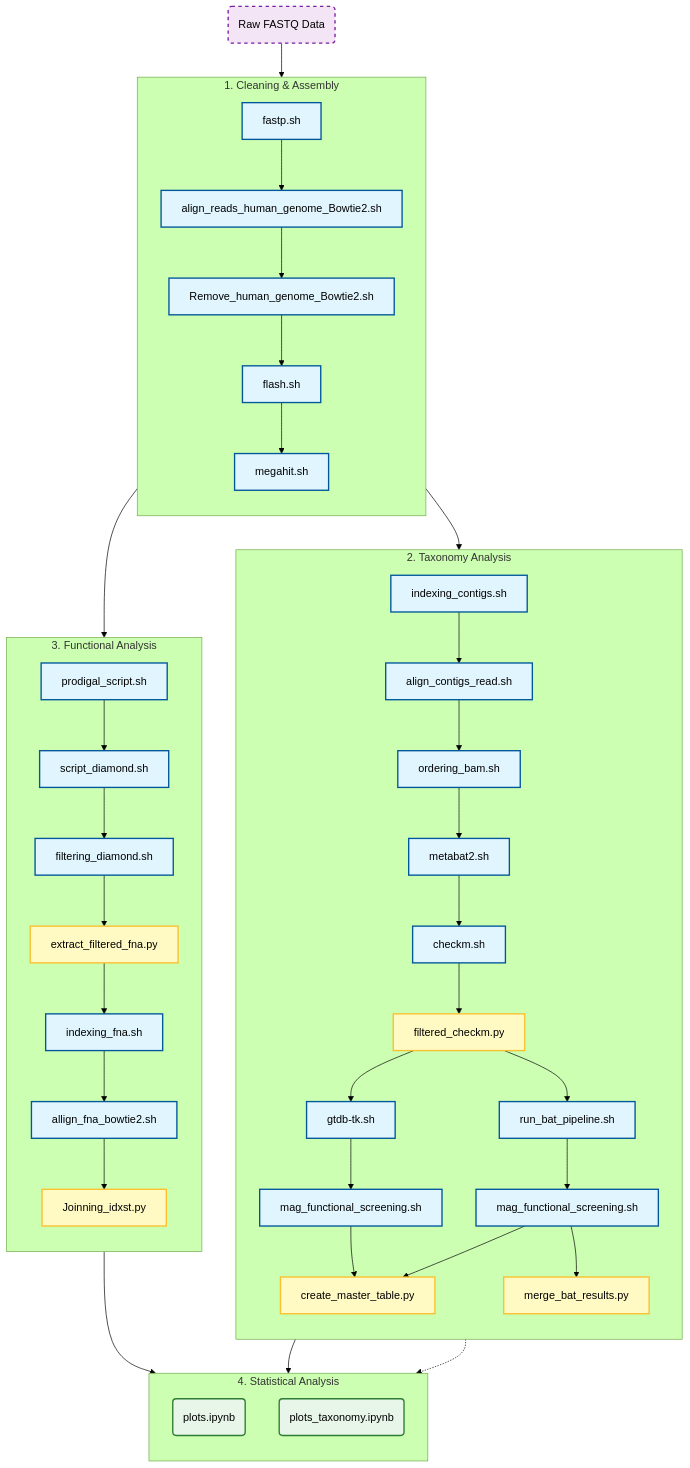
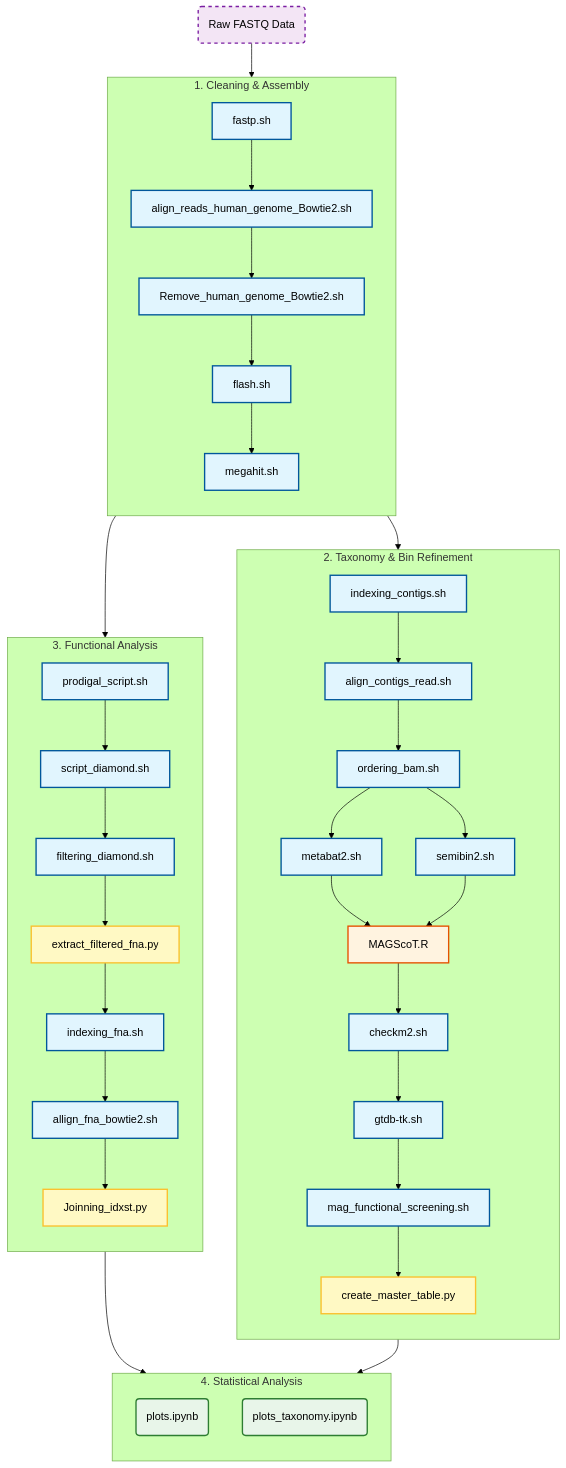
The diagram in README.md (Marcosv21/Doc_project), drawn with Mermaid (forest theme) before and after one commit. The commit also changed other lines of this file and 20 other files, not shown here.

````diff
--- a/README.md
+++ b/README.md
@@ -31,72 +31,64 @@
 ```mermaid
 graph TD
     %% Node Styles
     classDef shell fill:#e1f5fe,stroke:#01579b,stroke-width:2px,color:#000000;
     classDef python fill:#fff9c4,stroke:#fbc02d,stroke-width:2px,color:#000000;
     classDef ipynb fill:#e8f5e9,stroke:#2e7d32,stroke-width:2px,color:#000000;
     classDef start fill:#f3e5f5,stroke:#7b1fa2,stroke-width:2px,stroke-dasharray: 5 5,color:#000000;
+    classDef refinement fill:#fff3e0,stroke:#e65100,stroke-width:2px,color:#000000;
 
     %% Start Node
     Input(Raw FASTQ Data):::start --> Clean1
 
     %% --- 1. CLEANING & ASSEMBLY ---
     subgraph Cleaning ["1. Cleaning & Assembly"]
         direction TB
         Clean1[fastp.sh]:::shell --> Clean2[align_reads_human_genome_Bowtie2.sh]:::shell
         Clean2 --> Clean3[Remove_human_genome_Bowtie2.sh]:::shell
         Clean3 --> Clean4[flash.sh]:::shell
         Clean4 --> Clean5[megahit.sh]:::shell
     end
 
-    %% Fork: Assembly output goes to BOTH Functional and Taxonomy
+    %% Fork
     Clean5 --> Func1
     Clean5 --> Tax1
 
-    %% --- 2. TAXONOMY ANALYSIS ---
-    subgraph Taxonomy ["2. Taxonomy Analysis"]
+    %% --- 2. TAXONOMY & BIN REFINEMENT ---
+    subgraph Taxonomy ["2. Taxonomy & Bin Refinement"]
         direction TB
         Tax1[indexing_contigs.sh]:::shell --> Tax2[align_contigs_read.sh]:::shell
         Tax2 --> Tax3[ordering_bam.sh]:::shell
-        Tax3 --> Tax4[metabat2.sh]:::shell
-        Tax4 --> Tax5[checkm.sh]:::shell
-        Tax5 --> Tax6[filtered_checkm.py]:::python
         
+        %% Multi-Binning
+        Tax3 --> Bin1[metabat2.sh]:::shell
+        Tax3 --> Bin2[semibin2.sh]:::shell
         
+        %% Refinement
+        Bin1 --> Refine[MAGScoT.R]:::refinement
+        Bin2 --> Refine
         
-        %% Caminho 1: GTDB (Padrão)
-        Tax6 --> Tax7[gtdb-tk.sh]:::shell
+        Refine --> Tax5[checkm2.sh]:::shell
+        Tax5 --> Tax7[gtdb-tk.sh]:::shell
         Tax7 --> Tax8[mag_functional_screening.sh]:::shell
         Tax8 --> Tax9[create_master_table.py]:::python
-
-        %% Caminho 2: BAT/CAT (Validação)
-        Tax6 --> TaxBAT1[run_bat_pipeline.sh]:::shell
-        TaxBAT1 --> TaxBAT2[mag_functional_screening.sh]:::shell
-        TaxBAT2 --> TaxBAT3[merge_bat_results.py]:::python
-        TaxBAT2 --> Tax9[create_master_table.py]:::python
     end
 
     %% --- 3. FUNCTIONAL ANALYSIS ---
     subgraph Functional ["3. Functional Analysis"]
         direction TB
         Func1[prodigal_script.sh]:::shell --> Func2[script_diamond.sh]:::shell
         Func2 --> Func3[filtering_diamond.sh]:::shell
         Func3 --> Func4[extract_filtered_fna.py]:::python
         Func4 --> Func5[indexing_fna.sh]:::shell
         Func5 --> Func6[allign_fna_bowtie2.sh]:::shell
         Func6 --> Func7[Joinning_idxst.py]:::python
     end
 
     %% --- 4. STATISTICAL ANALYSIS ---
     subgraph Stats ["4. Statistical Analysis"]
         direction TB
-        %% Functional result -> plots.ipynb
         Func7 --> Stat1(plots.ipynb):::ipynb
-        
-        %% Taxonomy result -> plots_taxonomy.ipynb
         Tax9 --> Stat2(plots_taxonomy.ipynb):::ipynb
-        
-        %% BAT result -> plots_taxonomy.ipynb (Pontilhado para indicar suporte)
-        TaxBAT3 -.-> Stat2
     end
 
 ```
````
